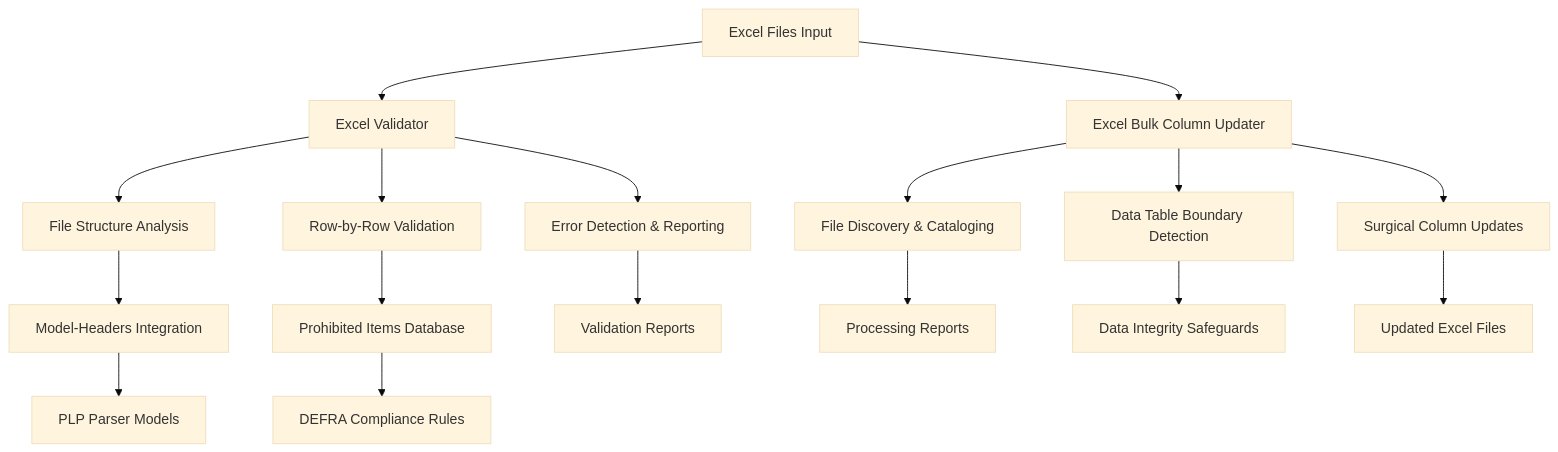
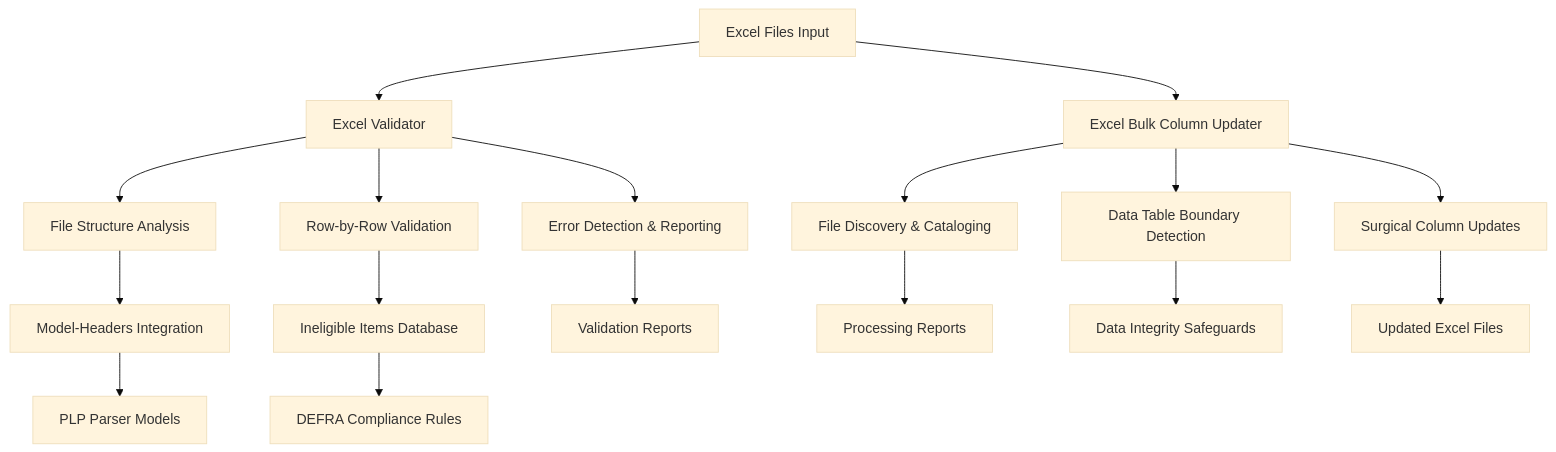
The diagram in .github/prompts/excel/README.md (DEFRA/trade-exportscore-plp), drawn with Mermaid (base theme) before and after one commit. The commit also changed other lines of this file and 88 other files, not shown here.

Commit message:
Chaging prohibited to ineligible

````diff
--- a/.github/prompts/excel/README.md
+++ b/.github/prompts/excel/README.md
@@ -13,24 +13,24 @@
 ```mermaid
 graph TD
     A[Excel Files Input] --> B[Excel Validator]
     A --> C[Excel Bulk Column Updater]
     
     B --> B1[File Structure Analysis]
     B --> B2[Row-by-Row Validation]
     B --> B3[Error Detection & Reporting]
     
     C --> C1[File Discovery & Cataloging]
     C --> C2[Data Table Boundary Detection]
     C --> C3[Surgical Column Updates]
     
     B1 --> D[Model-Headers Integration]
-    B2 --> E[Prohibited Items Database]
+    B2 --> E[Ineligible Items Database]
     B3 --> F[Validation Reports]
     
     C1 --> G[Processing Reports]
     C2 --> H[Data Integrity Safeguards]
     C3 --> I[Updated Excel Files]
     
     D --> J[PLP Parser Models]
     E --> K[DEFRA Compliance Rules]
 ```
````
